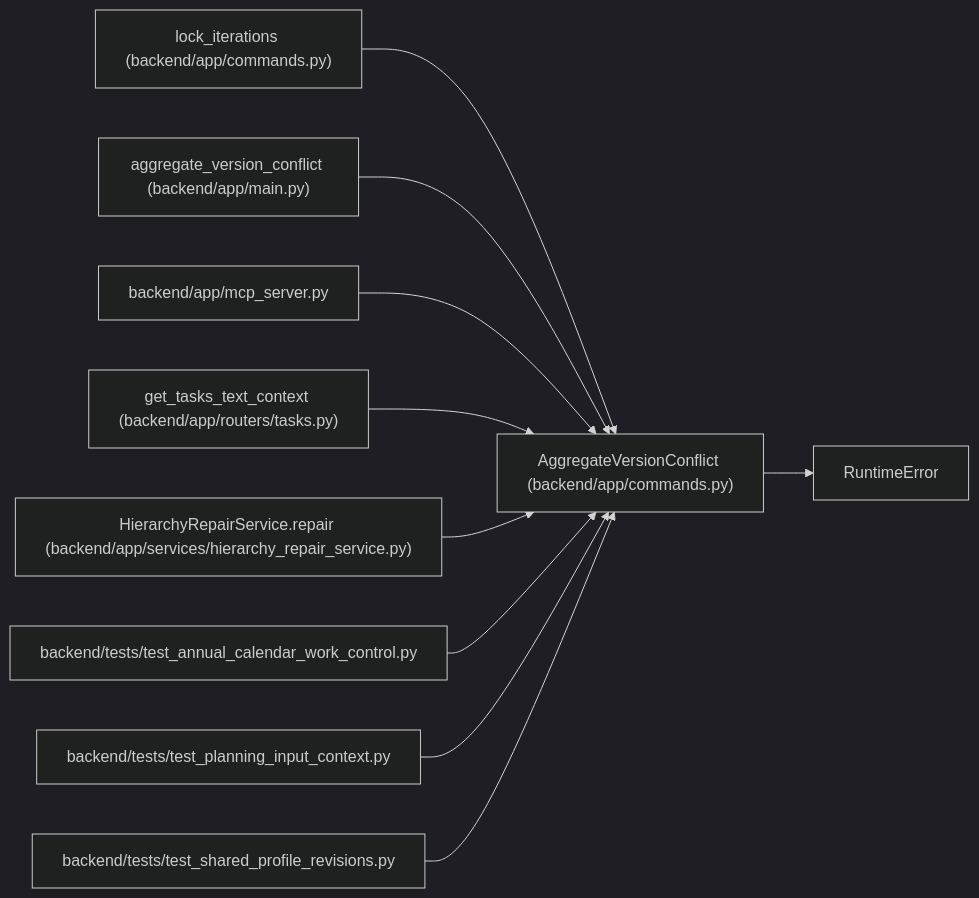
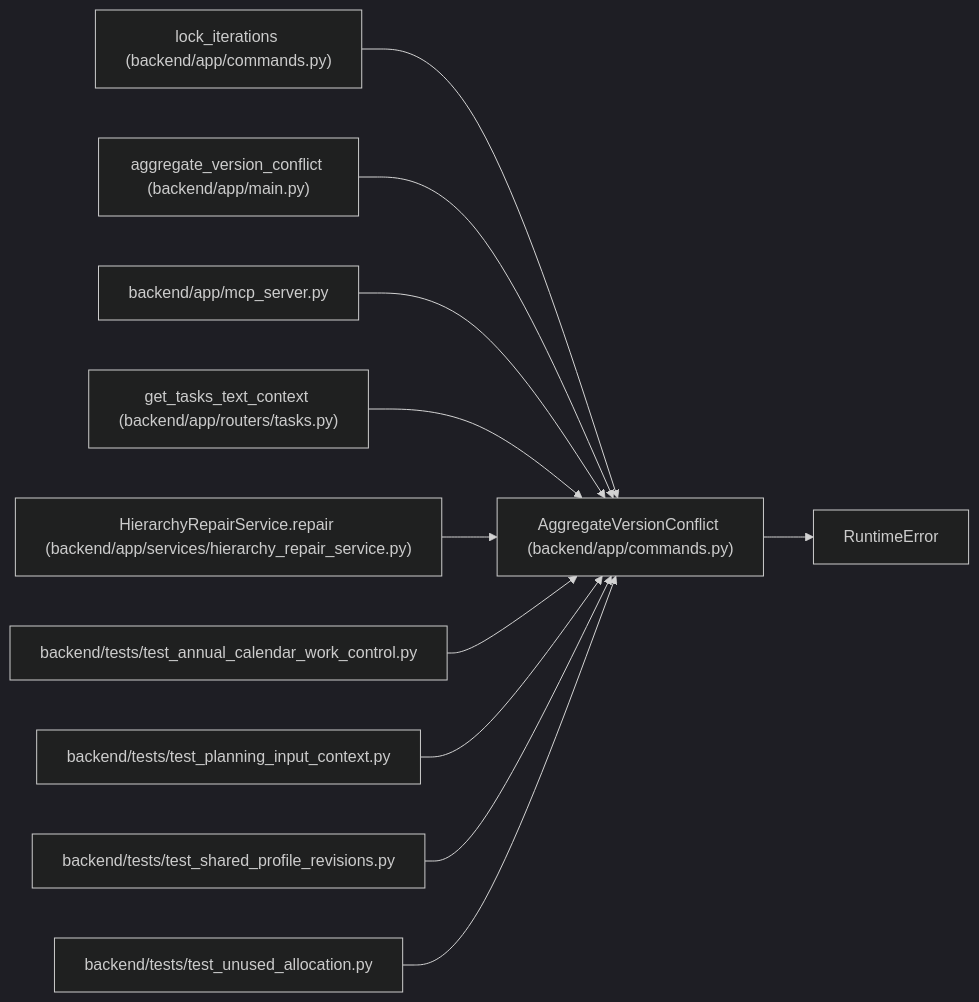
One commit to Denissvgn/WorkChord changed the diagram in docs/llm_wiki/entities/AggregateVersionConflict.md. Above: the diagram before and after it, drawn with Mermaid (dark theme). The commit also changed other lines of this file and 636 other files, not shown here.

````diff
--- a/docs/llm_wiki/entities/AggregateVersionConflict.md
+++ b/docs/llm_wiki/entities/AggregateVersionConflict.md
@@ -26,31 +26,34 @@
 ```mermaid
 flowchart LR
     n0["AggregateVersionConflict (backend/app/commands.py)"]
     n1["RuntimeError"]
     n2["lock_iterations (backend/app/commands.py)"]
     n3["aggregate_version_conflict (backend/app/main.py)"]
     n4["backend/app/mcp_server.py"]
     n5["get_tasks_text_context (backend/app/routers/tasks.py)"]
     n6["HierarchyRepairService.repair (backend/app/services/hierarchy_repair_service.py)"]
     n7["backend/tests/test_annual_calendar_work_control.py"]
     n8["backend/tests/test_planning_input_context.py"]
     n9["backend/tests/test_shared_profile_revisions.py"]
+    n10["backend/tests/test_unused_allocation.py"]
     n0 --> n1
     n2 --> n0
     n3 --> n0
     n4 --> n0
     n5 --> n0
     n6 --> n0
     n7 --> n0
     n8 --> n0
     n9 --> n0
+    n10 --> n0
     click n0 "../modules/commands.md"
     click n2 "../modules/commands.md"
     click n3 "../modules/app_main.md"
     click n4 "../modules/mcp_server.md"
     click n5 "../modules/tasks.md"
     click n6 "../modules/hierarchy_repair_service.md"
     click n7 "../modules/test_annual_calendar_work_control.md"
     click n8 "../modules/test_planning_input_context.md"
     click n9 "../modules/test_shared_profile_revisions.md"
+    click n10 "../modules/test_unused_allocation.md"
 ```
````
